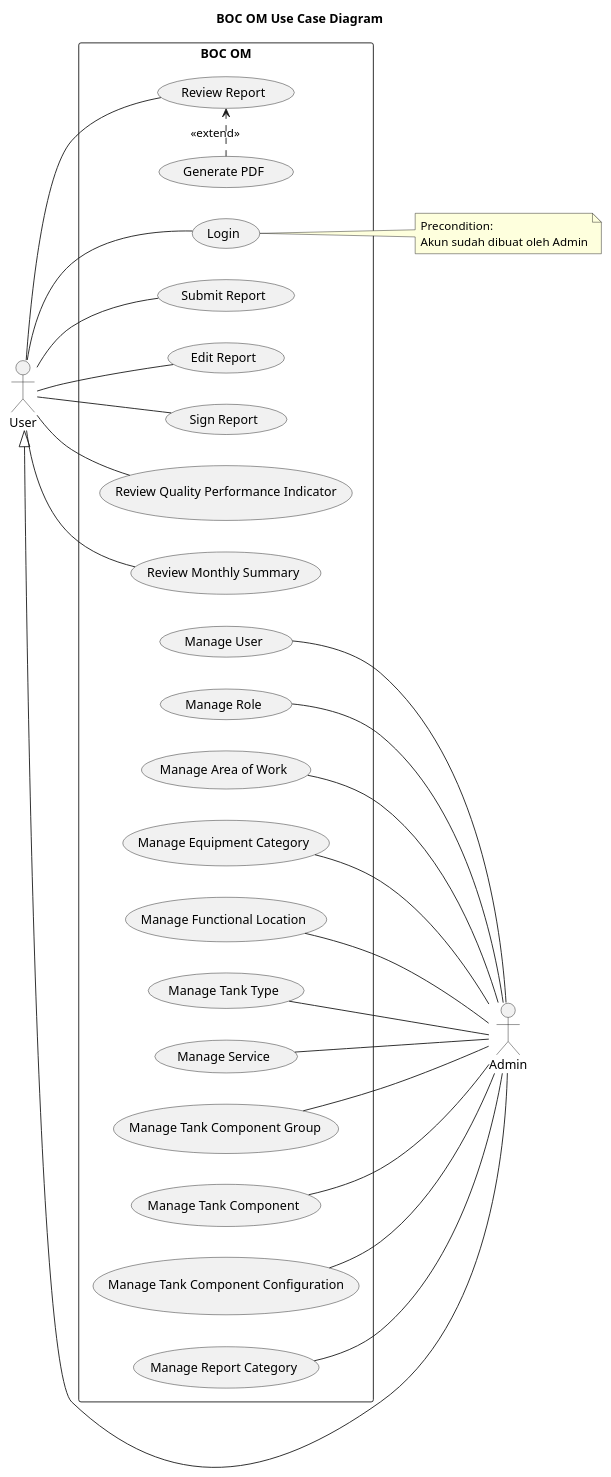
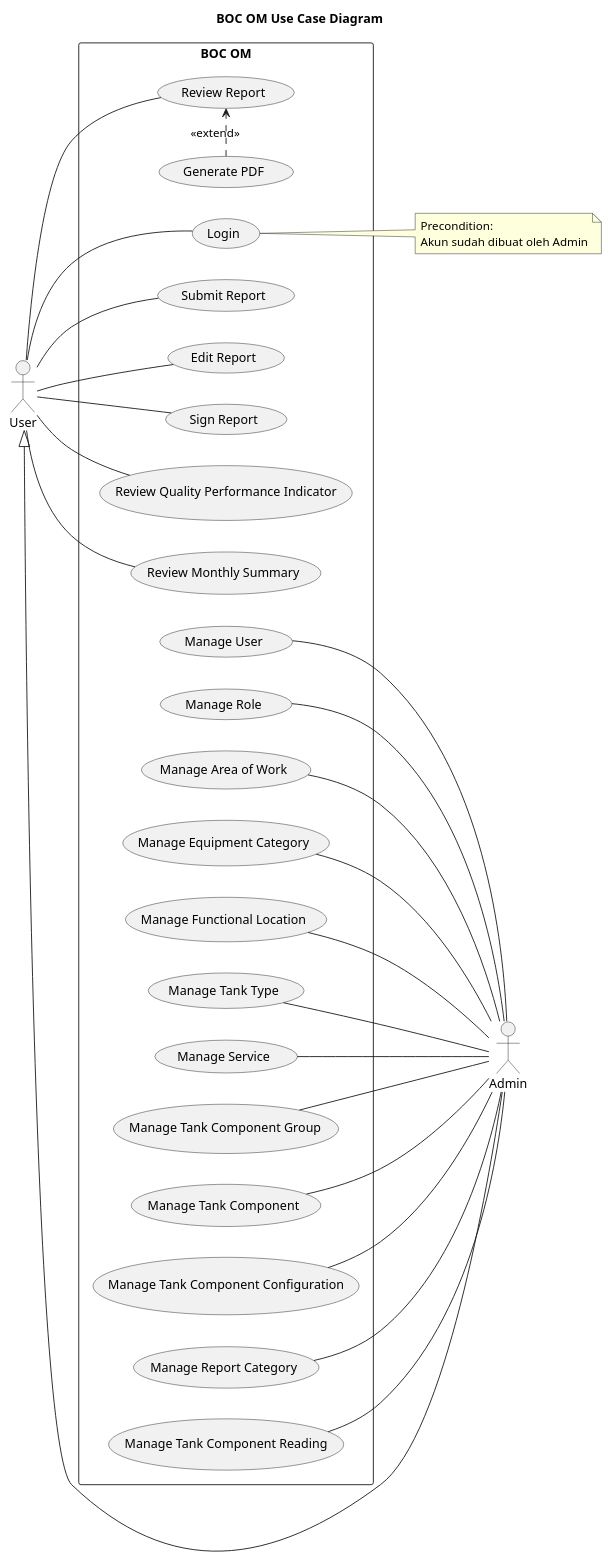
Before and after one commit to billdansr/kanban-boc-om: the first of 5 diagrams in Kanban/01-Requirements.md, drawn with PlantUML. The commit also changed other lines of this file and 3 other files, not shown here.

````diff
--- a/Kanban/01-Requirements.md
+++ b/Kanban/01-Requirements.md
@@ -3,62 +3,64 @@
 ```plantuml
 @startuml
 title BOC OM Use Case Diagram
 
 left to right direction
 
 actor "User" as user
 actor "Admin" as admin
 
 user <|-- admin
 
 rectangle "BOC OM" {
   (Login) as login
   (Submit Report) as report
   (Review Report) as review
   (Edit Report) as edit
   (Sign Report) as sign
   (Generate PDF) as generatepdf
   (Review Quality Performance Indicator) as qpi
   (Review Monthly Summary) as summary
   
   (Manage User) as manageuser
   (Manage Role) as managerole
   (Manage Area of Work) as managearea
   (Manage Equipment Category) as manageequipment
   (Manage Functional Location) as managelocation
   (Manage Tank Type) as managetanktype
   (Manage Service) as manageservice
   (Manage Tank Component Group) as managetankcomponentgroup
   (Manage Tank Component) as managetankcomponent
   (Manage Tank Component Configuration) as managetankcomponentconfiguration
   (Manage Report Category) as managereportcategory
+  (Manage Tank Component Reading) as managetankcomponentreading
   
   generatepdf .> review : <<extend>>
 }
 
 user -- login
 user -- report
 user -- review
 user -- edit
 user -- sign
 user -- qpi
 user -- summary
 
 manageuser -- admin
 managerole -- admin
 managearea -- admin
 manageequipment -- admin
 managelocation -- admin
 managetanktype -- admin
 manageservice -- admin
 managetankcomponentgroup -- admin
 managetankcomponent -- admin
 managetankcomponentconfiguration -- admin
 managereportcategory -- admin
+managetankcomponentreading -- admin
 
 note right of login
   Precondition:
   Akun sudah dibuat oleh Admin
 end note
 @enduml
 ```
````
